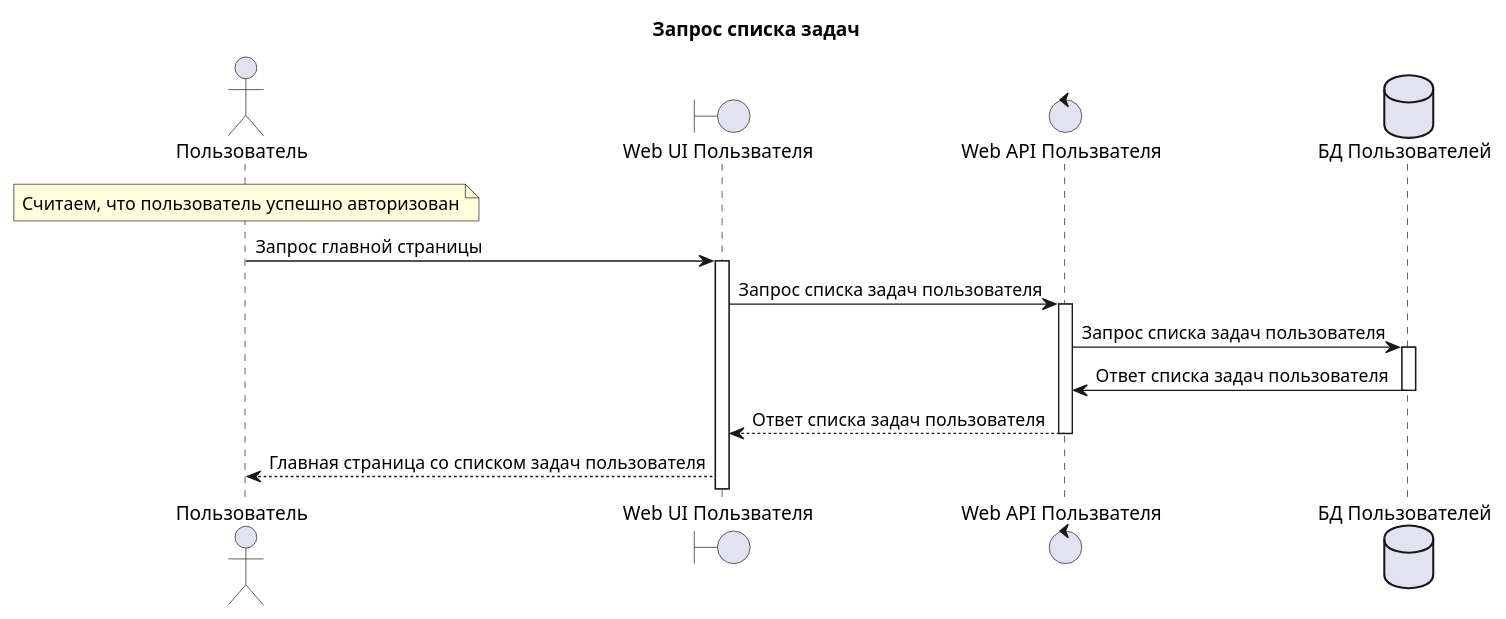
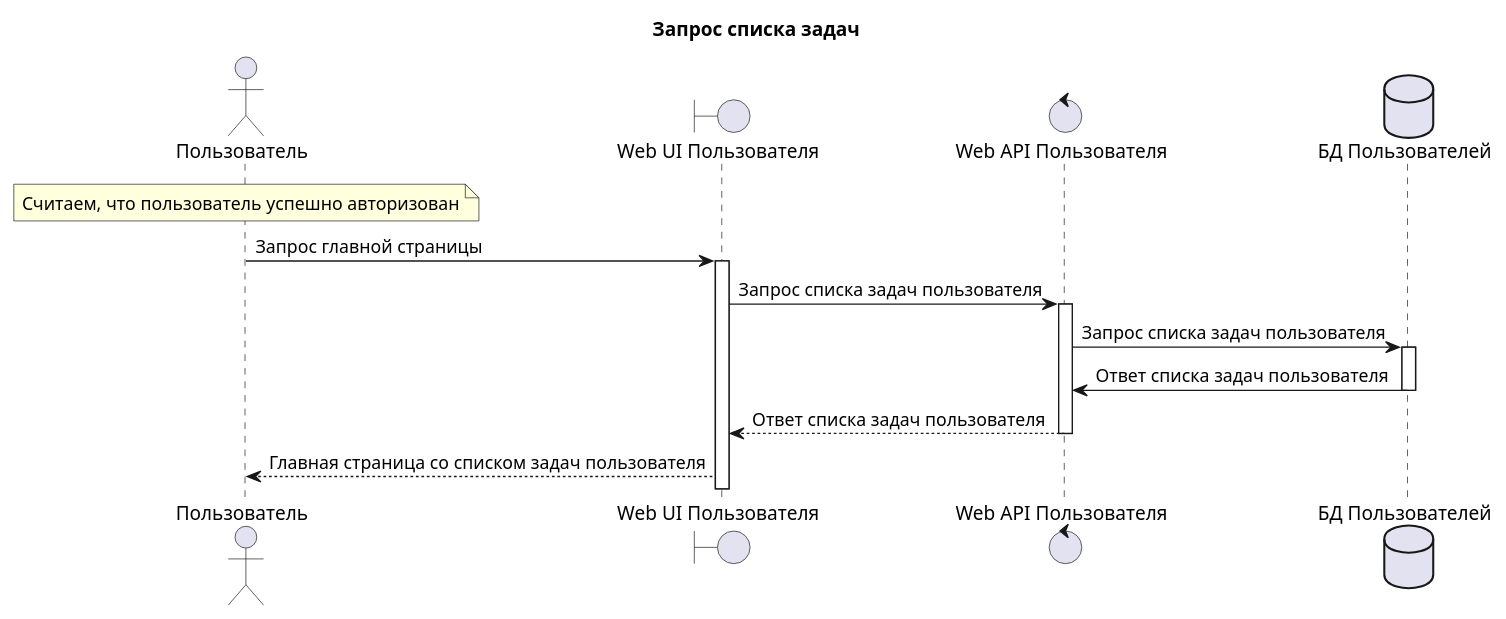
The fourth of 5 diagrams in docs/diagrams/sequence/User.WebApp.puml (mrypdm/JobSystem), drawn with PlantUML before and after one commit. The commit also changed other lines of this file and 7 other files, not shown here.

```diff
--- a/docs/diagrams/sequence/User.WebApp.puml
+++ b/docs/diagrams/sequence/User.WebApp.puml
@@ -104,19 +125,19 @@
 @startuml User jobs list
 
 title Запрос списка задач
 
 actor Пользователь as USER
 note over USER: Считаем, что пользователь успешно авторизован
 
-boundary "Web UI Пользвателя" as UI
-control "Web API Пользвателя" as API
+boundary "Web UI Пользователя" as UI
+control "Web API Пользователя" as API
 database "БД Пользователей" as DB
 
 USER -> UI++: Запрос главной страницы
 UI -> API++: Запрос списка задач пользователя
 API -> DB++: Запрос списка задач пользователя
 DB -> API--: Ответ списка задач пользователя
 API --> UI--: Ответ списка задач пользователя
 UI --> USER: Главная страница со списком задач пользователя
 
 @enduml
```
